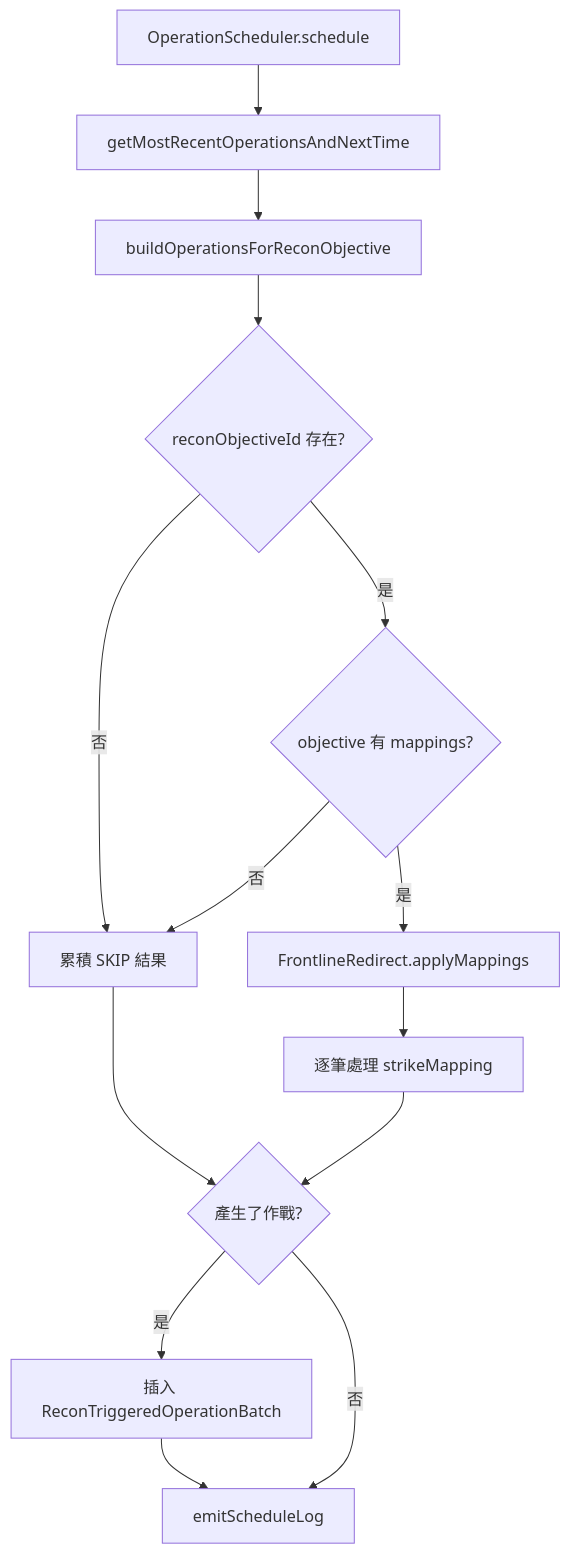
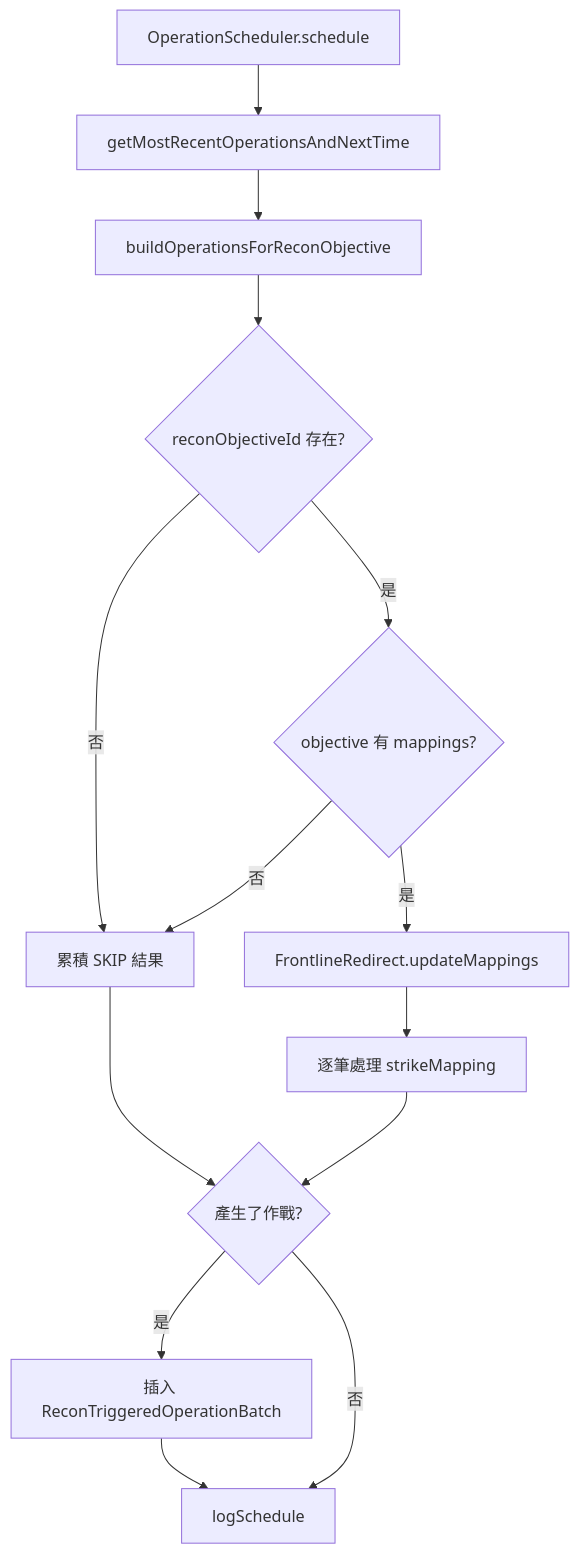
One commit to pullupjumper/formosa-in-flames changed the first of 2 diagrams in docs/strikePlanner/operationScheduler.md. Above: the diagram before and after it, drawn with Mermaid. The commit also changed other lines of this file and 93 other files, not shown here.

````diff
--- a/docs/strikePlanner/operationScheduler.md
+++ b/docs/strikePlanner/operationScheduler.md
@@ -25,23 +25,23 @@
 ```mermaid
 flowchart TD
     START["OperationScheduler.schedule"]
     SNAPSHOT["getMostRecentOperationsAndNextTime"]
     BUILD["buildOperationsForReconObjective"]
     OBJECTIVE{"reconObjectiveId 存在?"}
     MAPPING{"objective 有 mappings?"}
-    REDIRECT["FrontlineRedirect.applyMappings"]
+    REDIRECT["FrontlineRedirect.updateMappings"]
     LOOP["逐筆處理 strikeMapping"]
     INSERT{"產生了作戰?"}
     BATCH["插入 ReconTriggeredOperationBatch"]
-    LOG["emitScheduleLog"]
+    LOG["logSchedule"]
     SKIP["累積 SKIP 結果"]
 
     START --> SNAPSHOT --> BUILD --> OBJECTIVE
     OBJECTIVE -->|否| SKIP
     OBJECTIVE -->|是| MAPPING
     MAPPING -->|否| SKIP
     MAPPING -->|是| REDIRECT --> LOOP --> INSERT
     SKIP --> INSERT
     INSERT -->|是| BATCH --> LOG
     INSERT -->|否| LOG
 ```
````
